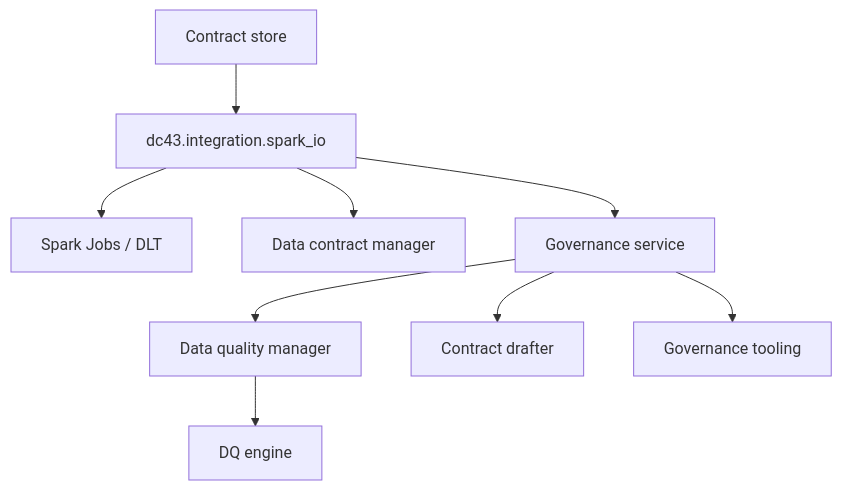
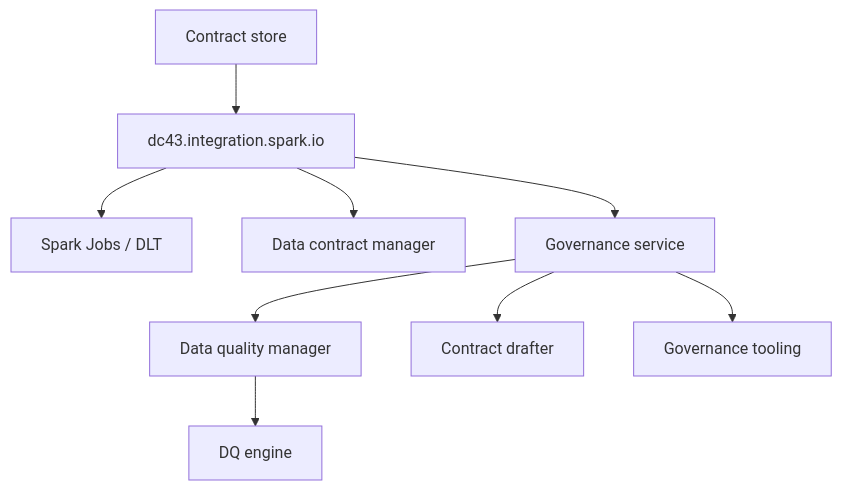
One commit to NextLab-SRL/dc43 changed the diagram in docs/implementations/integration/spark-dlt.md. Above: the diagram before and after it, drawn with Mermaid. The commit also changed other lines of this file and 41 other files, not shown here.

````diff
--- a/docs/implementations/integration/spark-dlt.md
+++ b/docs/implementations/integration/spark-dlt.md
@@ -12,11 +12,11 @@
 ```mermaid
 flowchart TD
-    ContractStore["Contract store"] --> IO["dc43.integration.spark_io"]
+    ContractStore["Contract store"] --> IO["dc43.integration.spark.io"]
     IO --> Spark["Spark Jobs / DLT"]
     IO --> ContractMgr["Data contract manager"]
     IO --> Governance["Governance service"]
     Governance --> DQMgr["Data quality manager"]
     DQMgr --> DQEngine["DQ engine"]
     Governance --> Drafter["Contract drafter"]
     Governance --> Steward["Governance tooling"]
 ```
````
